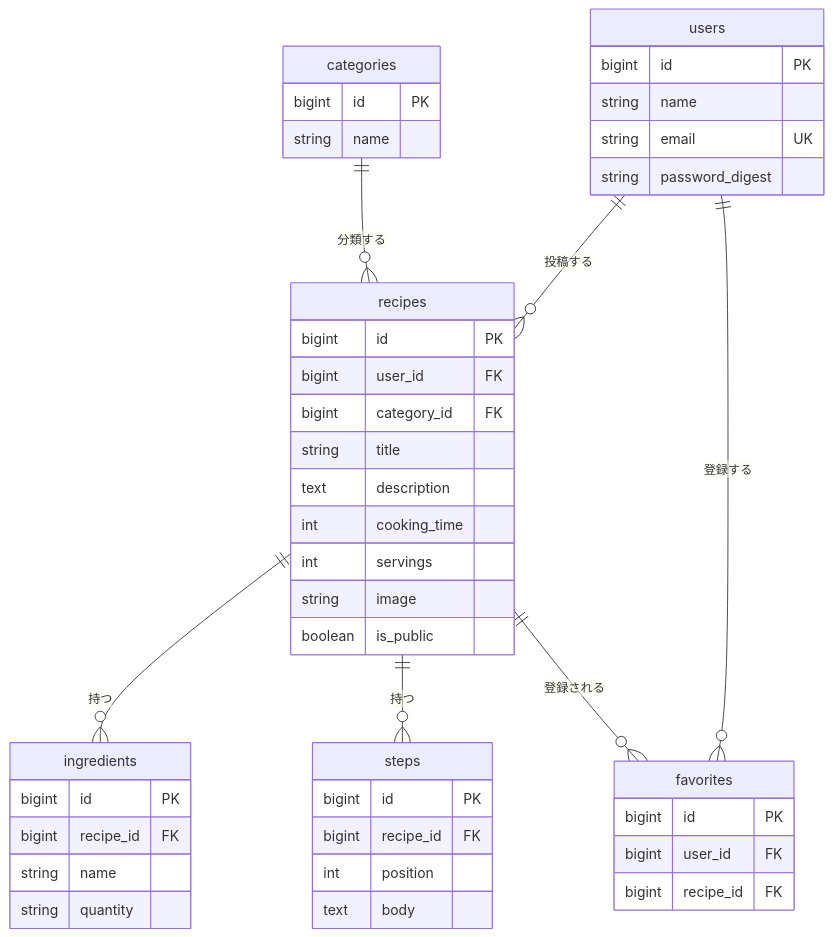
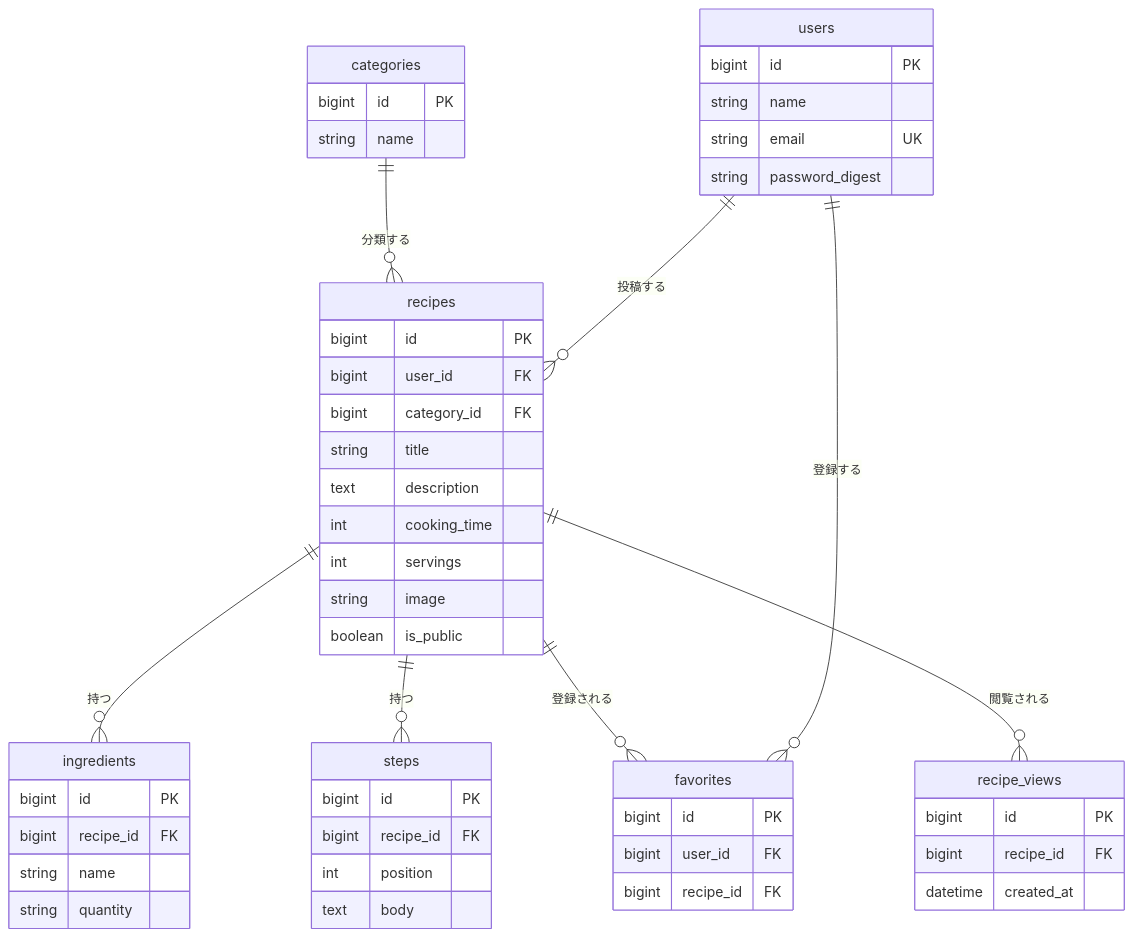
One commit to mk242329/recipe-book changed the diagram in docs/03_データベース設計書.md. Above: the diagram before and after it, drawn with Mermaid. The commit also changed other lines of this file and 10 other files, not shown here.

````diff
--- a/docs/03_データベース設計書.md
+++ b/docs/03_データベース設計書.md
@@ -24,48 +25,54 @@
 ```mermaid
 erDiagram
   users ||--o{ recipes : "投稿する"
   categories ||--o{ recipes : "分類する"
   recipes ||--o{ ingredients : "持つ"
   recipes ||--o{ steps : "持つ"
   users ||--o{ favorites : "登録する"
   recipes ||--o{ favorites : "登録される"
+  recipes ||--o{ recipe_views : "閲覧される"
 
   users {
     bigint id PK
     string name
     string email UK
     string password_digest
   }
   recipes {
     bigint id PK
     bigint user_id FK
     bigint category_id FK
     string title
     text description
     int cooking_time
     int servings
     string image
     boolean is_public
   }
   ingredients {
     bigint id PK
     bigint recipe_id FK
     string name
     string quantity
   }
   steps {
     bigint id PK
     bigint recipe_id FK
     int position
     text body
   }
   categories {
     bigint id PK
     string name
   }
   favorites {
     bigint id PK
     bigint user_id FK
     bigint recipe_id FK
   }
+  recipe_views {
+    bigint id PK
+    bigint recipe_id FK
+    datetime created_at
+  }
 ```
````
